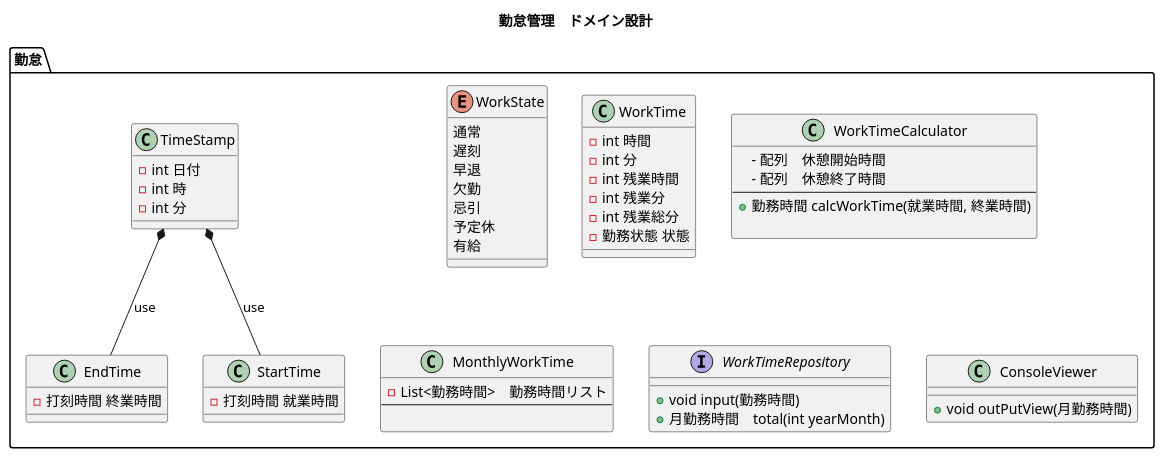
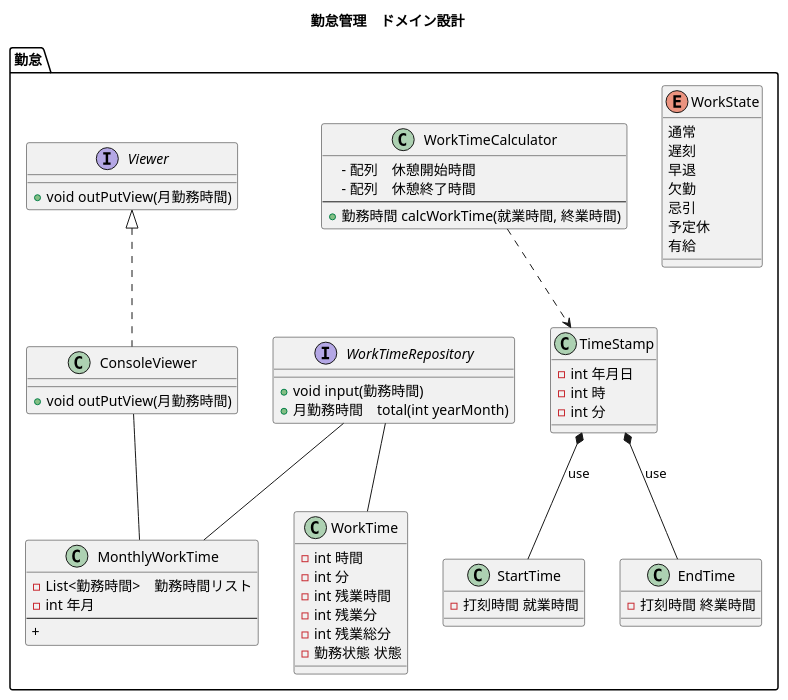
Before and after one commit to biglobe-isp/kintai: the diagram in etc/document/domain/kintai-model.puml, drawn with PlantUML.

Commit message:
domainモデリング　クラス図に関係線を追記

```diff
--- a/etc/document/domain/kintai-model.puml
+++ b/etc/document/domain/kintai-model.puml
@@ -1,68 +1,82 @@
 @startuml
 
 title 勤怠管理　ドメイン設計
 
 
 package 勤怠{
 
     enum 勤務状態 as "WorkState"{
      通常
      遅刻
      早退
      欠勤
      忌引
      予定休
      有給
     }
 
     class 打刻時間 as "TimeStamp"{
-     - int 日付
+     - int 年月日
      - int 時
      – int 分
     }
+
+    勤務時間算出者 ..> 打刻時間
 
 
     class 終業時間 as "EndTime"{
      - 打刻時間 終業時間
     }
     打刻時間 *-- "終業時間" : use
 
     class 就業時間 as "StartTime" {
      - 打刻時間 就業時間
     }
     打刻時間 *-- "就業時間" : use
 
     class 勤務時間 as "WorkTime"{
      - int 時間
      – int 分
      - int 残業時間
      - int 残業分
      - int 残業総分
      - 勤務状態 状態
     }
 
     class 勤務時間算出者 as "WorkTimeCalculator"{
     　- 配列　休憩開始時間
     　- 配列　休憩終了時間
     --
      + 勤務時間 calcWorkTime(就業時間, 終業時間)
+    }
 
-    }
 
     class 月勤務時間 as "MonthlyWorkTime"{
      - List<勤務時間>　勤務時間リスト
+     - int 年月
      --
-
+     +
     }
 
 
     interface 勤務時間リポジトリ as "WorkTimeRepository"{
       + void input(勤務時間)
       + 月勤務時間　total(int yearMonth)
     }
 
+    勤務時間リポジトリ -- 月勤務時間
+    勤務時間リポジトリ -- 勤務時間
+
     class コンソール出力 as "ConsoleViewer"{
      + void outPutView(月勤務時間)
     }
+
+    interface 出力インターフェイス as "Viewer"{
+     + void outPutView(月勤務時間)
+    }
+
+    出力インターフェイス <|.. コンソール出力
+
+    コンソール出力 -- 月勤務時間
 }
 @enduml
```
